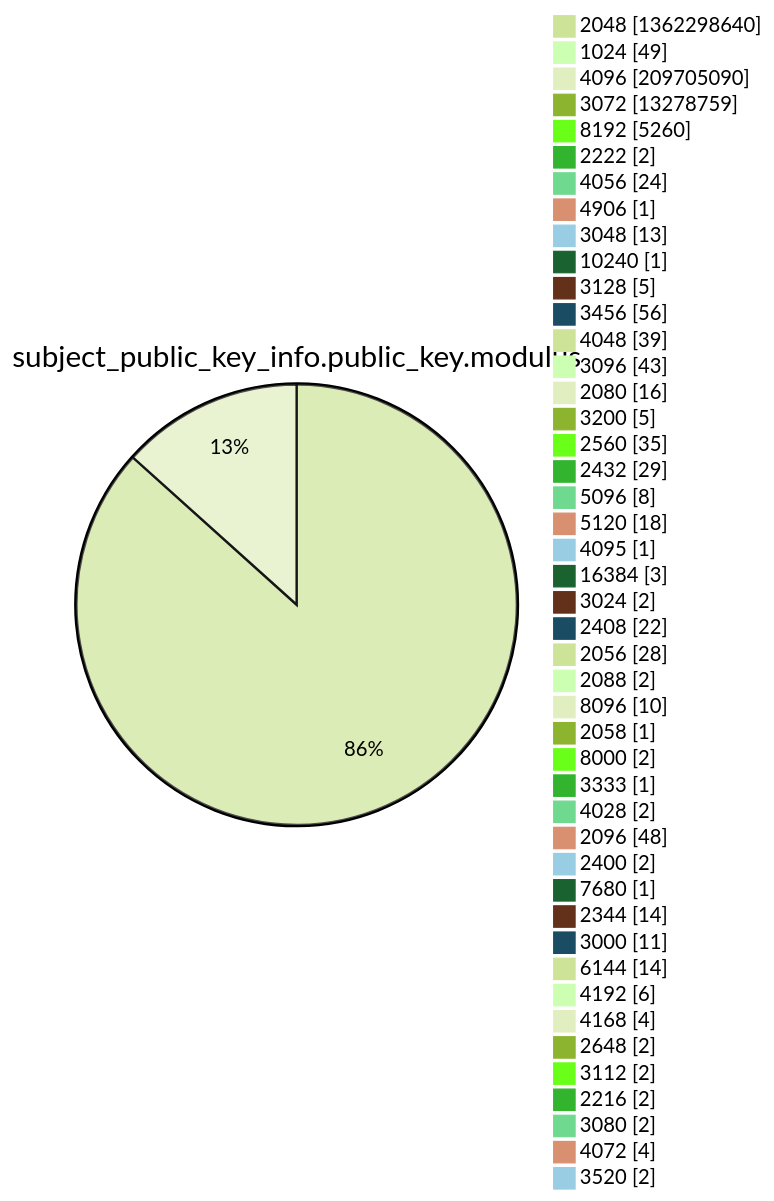
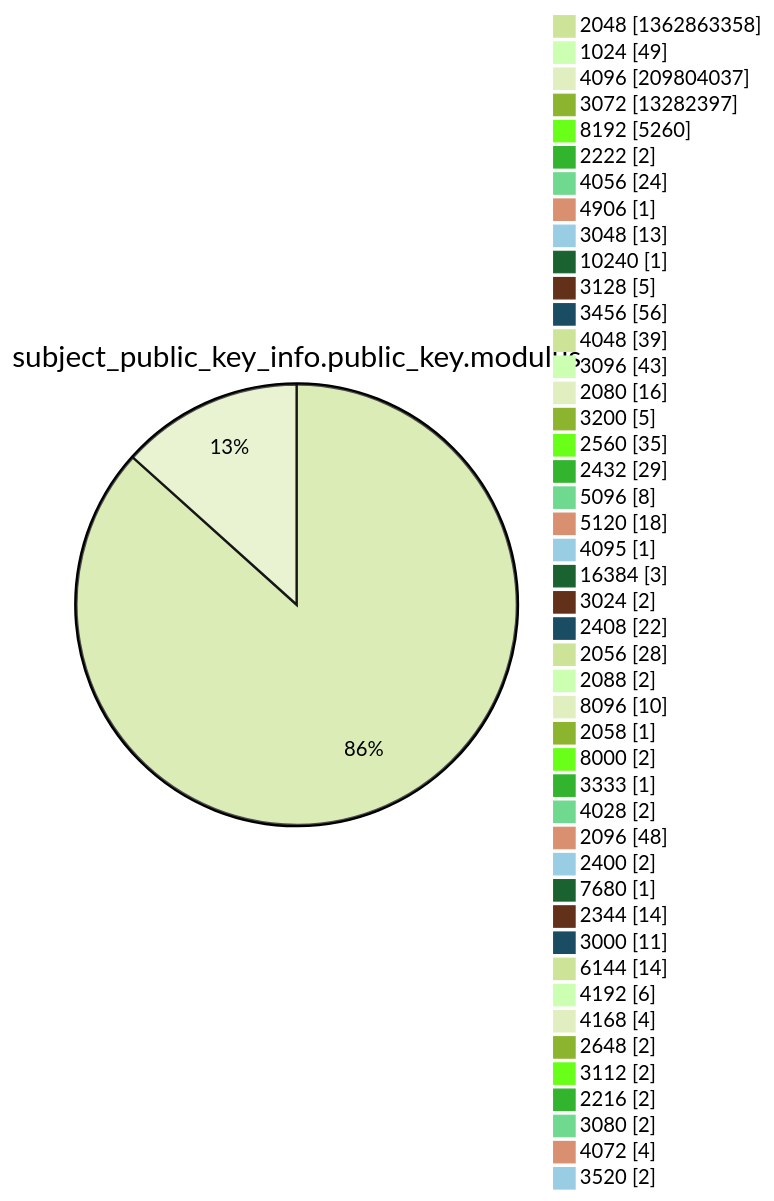
Diagram 13 of 15 in xenon2022/README.md (christiankrug/ctmonitor_visualization), drawn with Mermaid (forest theme) before and after one commit. The commit also changed other lines of this file, not shown here.

````diff
--- a/xenon2022/README.md
+++ b/xenon2022/README.md
@@ -3927,49 +3927,49 @@
 ```mermaid
 pie showData
 title subject_public_key_info.public_key.modulus
-"2048" :1362298640
+"2048" :1362863358
 "1024" :49
-"4096" :209705090
-"3072" :13278759
+"4096" :209804037
+"3072" :13282397
 "8192" :5260
 "2222" :2
 "4056" :24
 "4906" :1
 "3048" :13
 "10240" :1
 "3128" :5
 "3456" :56
 "4048" :39
 "3096" :43
 "2080" :16
 "3200" :5
 "2560" :35
 "2432" :29
 "5096" :8
 "5120" :18
 "4095" :1
 "16384" :3
 "3024" :2
 "2408" :22
 "2056" :28
 "2088" :2
 "8096" :10
 "2058" :1
 "8000" :2
 "3333" :1
 "4028" :2
 "2096" :48
 "2400" :2
 "7680" :1
 "2344" :14
 "3000" :11
 "6144" :14
 "4192" :6
 "4168" :4
 "2648" :2
 "3112" :2
 "2216" :2
 "3080" :2
 "4072" :4
 "3520" :2
 ```
````
